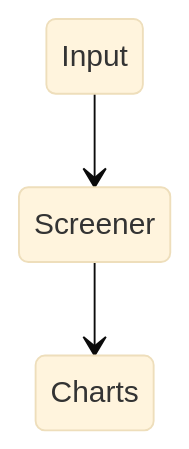
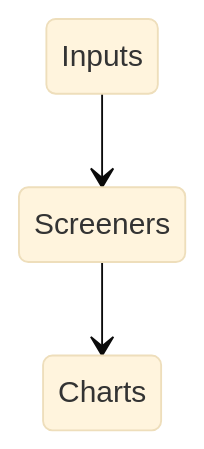
Before and after one commit to Photon1c/PecuniaryScriptsLibrary: the diagram in README.md, drawn with Mermaid (base theme).

````diff
--- a/README.md
+++ b/README.md
@@ -15,6 +15,6 @@
 ```mermaid
 stateDiagram-v2
-Input --> Screener
-Screener --> Charts
+Inputs --> Screeners
+Screeners --> Charts
 
 ```
````
